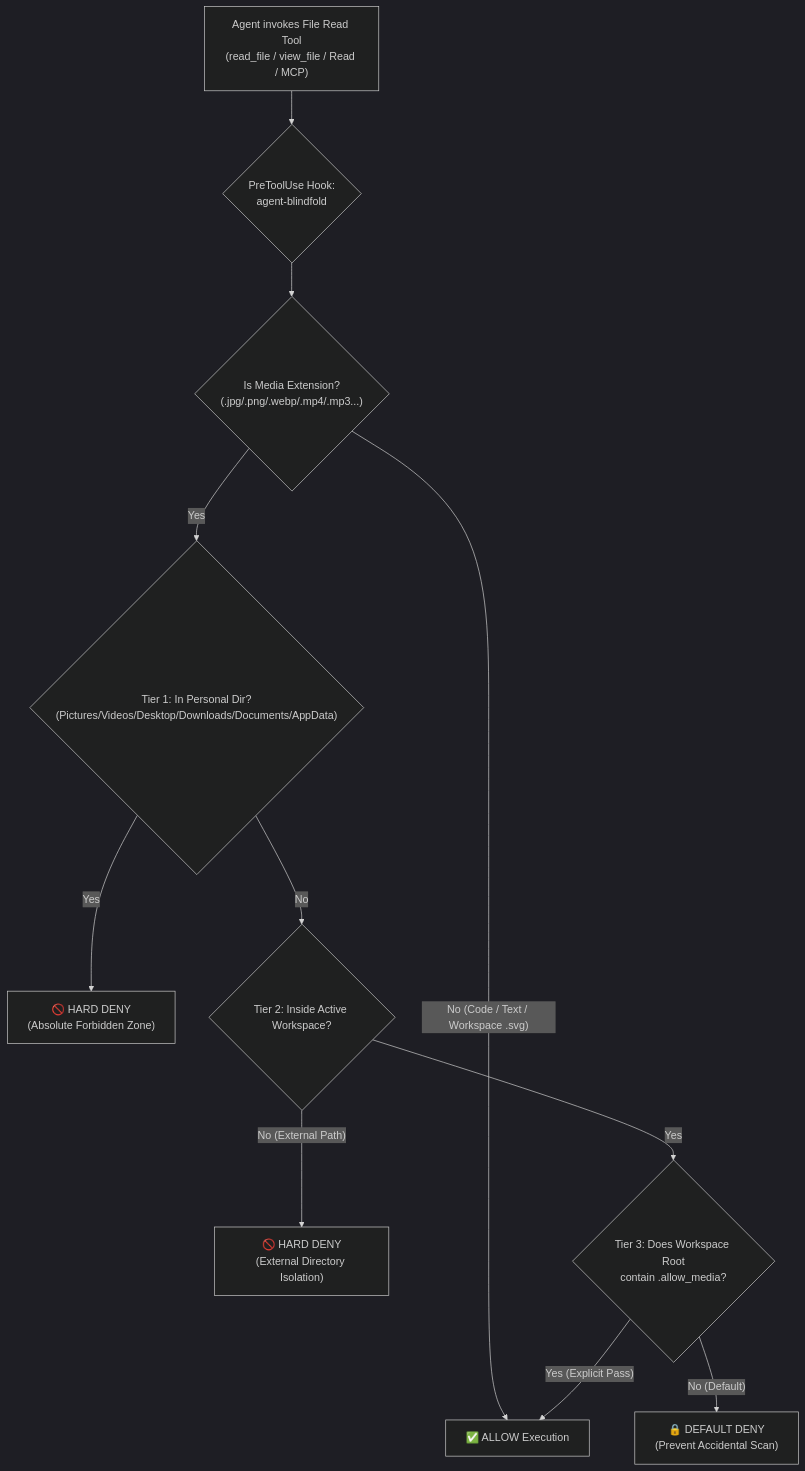
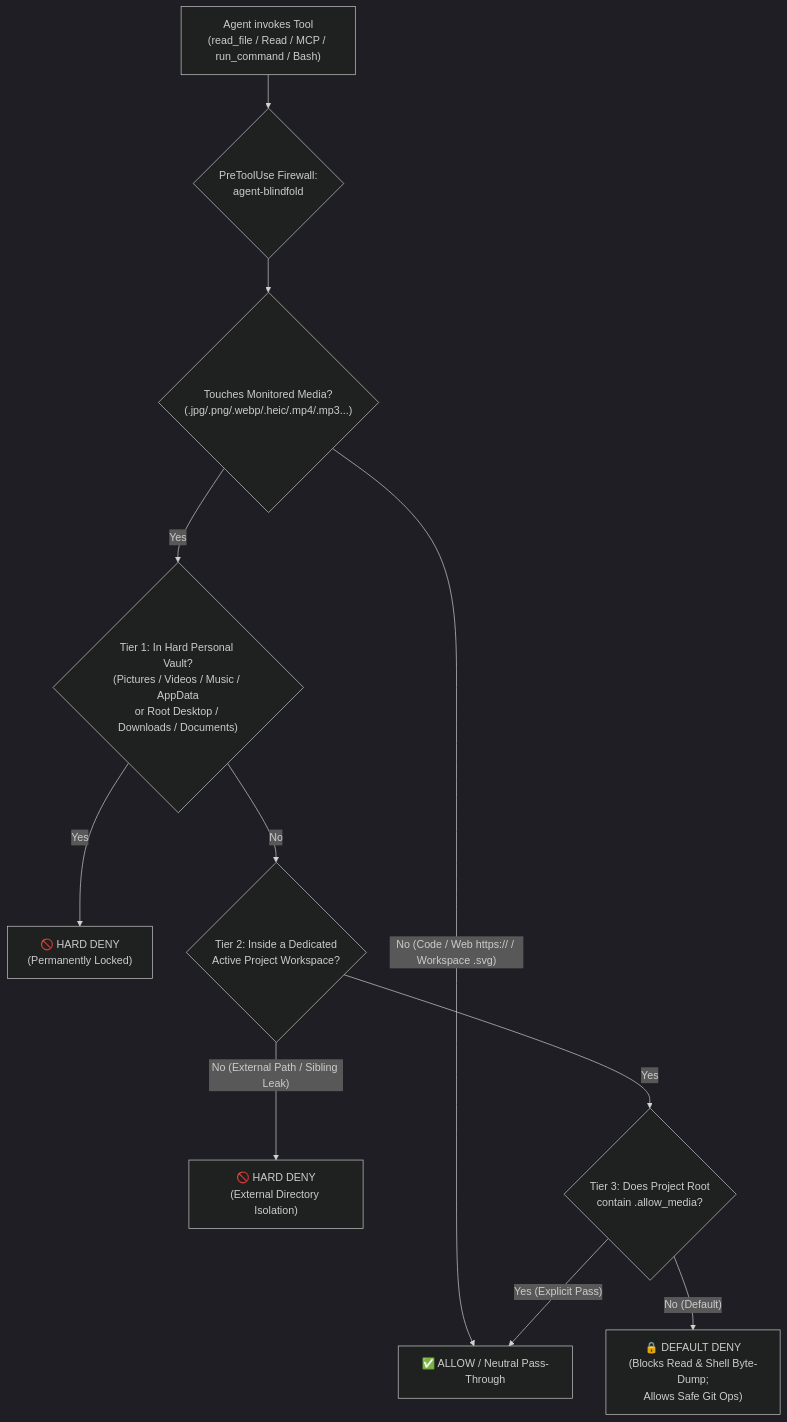
Before and after one commit to zanex-dev/agent-blindfold: the diagram in README.md, drawn with Mermaid (dark theme). The commit also changed other lines of this file and 14 other files, not shown here.

Commit message:
feat(security): harden 3-tier isolation, shell/symlink bypass defense, lossless installer & multi-OS CI

````diff
--- a/README.md
+++ b/README.md
@@ -36,13 +39,13 @@
 ```mermaid
 flowchart TD
-    A["Agent invokes File Read Tool<br/>(read_file / view_file / Read / MCP)"] --> B{"PreToolUse Hook:<br/>agent-blindfold"}
-    B --> C{"Is Media Extension?<br/>(.jpg/.png/.webp/.mp4/.mp3...)"}
-    C -- "No (Code / Text / Workspace .svg)" --> ALLOW["✅ ALLOW Execution"]
-    C -- "Yes" --> D{"Tier 1: In Personal Dir?<br/>(Pictures/Videos/Desktop/Downloads/Documents/AppData)"}
-    D -- "Yes" --> DENY1["🚫 HARD DENY<br/>(Absolute Forbidden Zone)"]
-    D -- "No" --> E{"Tier 2: Inside Active Workspace?"}
-    E -- "No (External Path)" --> DENY2["🚫 HARD DENY<br/>(External Directory Isolation)"]
-    E -- "Yes" --> F{"Tier 3: Does Workspace Root<br/>contain .allow_media?"}
-    F -- "No (Default)" --> DENY3["🔒 DEFAULT DENY<br/>(Prevent Accidental Scan)"]
+    A["Agent invokes Tool<br/>(read_file / Read / MCP / run_command / Bash)"] --> B{"PreToolUse Firewall:<br/>agent-blindfold"}
+    B --> C{"Touches Monitored Media?<br/>(.jpg/.png/.webp/.heic/.mp4/.mp3...)"}
+    C -- "No (Code / Web https:// / Workspace .svg)" --> ALLOW["✅ ALLOW / Neutral Pass-Through"]
+    C -- "Yes" --> D{"Tier 1: In Hard Personal Vault?<br/>(Pictures / Videos / Music / AppData<br/>or Root Desktop / Downloads / Documents)"}
+    D -- "Yes" --> DENY1["🚫 HARD DENY<br/>(Permanently Locked)"]
+    D -- "No" --> E{"Tier 2: Inside a Dedicated<br/>Active Project Workspace?"}
+    E -- "No (External Path / Sibling Leak)" --> DENY2["🚫 HARD DENY<br/>(External Directory Isolation)"]
+    E -- "Yes" --> F{"Tier 3: Does Project Root<br/>contain .allow_media?"}
+    F -- "No (Default)" --> DENY3["🔒 DEFAULT DENY<br/>(Blocks Read & Shell Byte-Dump;<br/>Allows Safe Git Ops)"]
     F -- "Yes (Explicit Pass)" --> ALLOW
 ```
````
